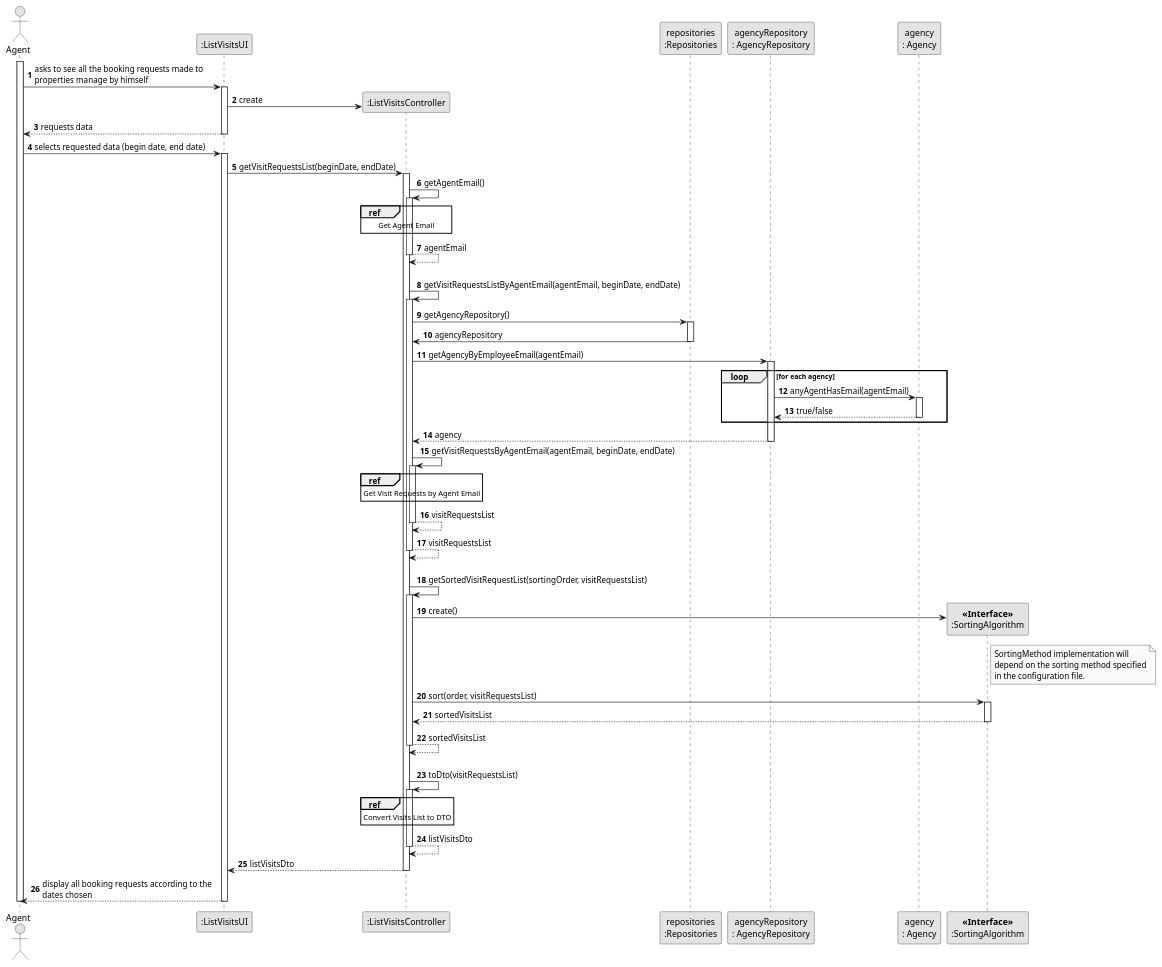
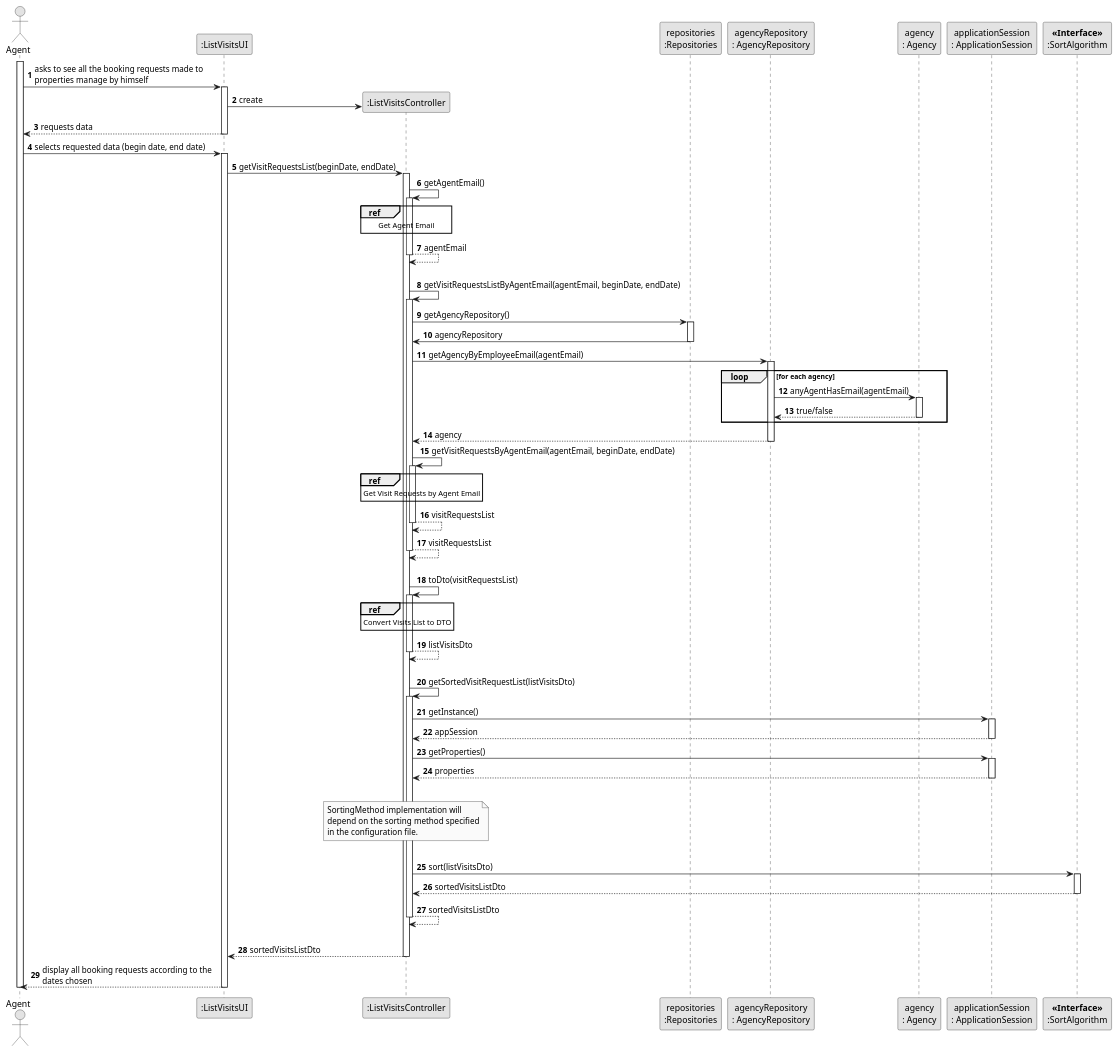
Before and after one commit to rita-barbosa/LAPR2-2223: the diagram in docs/sprintD/us015/03.design/puml/us015-sequence-diagram-split.puml, drawn with PlantUML. The commit also changed 9 other files, not shown here.

Commit message:
Update Sequence Diagram (all) & Class Diagram + SVG's [US015][Design]

```diff
--- a/docs/sprintD/us015/03.design/puml/us015-sequence-diagram-split.puml
+++ b/docs/sprintD/us015/03.design/puml/us015-sequence-diagram-split.puml
@@ -1,122 +1,137 @@
 @startuml
 skinparam monochrome true
 skinparam packageStyle rectangle
 skinparam shadowing false
 
 autonumber
 
 'hide footbox
 actor "Agent" as ADM
 participant ":ListVisitsUI" as UI
 participant ":ListVisitsController" as CTRL
 participant "repositories\n:Repositories" as PLAT
 participant "agencyRepository\n: AgencyRepository" as AgRep
 participant "agency\n: Agency" as AGENCY
-participant "<b><<Interface>></b>\n:SortingAlgorithm" as SORTALG
+participant "applicationSession\n: ApplicationSession" as AppSess
+participant "<b><<Interface>></b>\n:SortAlgorithm" as SORTALG
 
 activate ADM
 
         ADM -> UI : asks to see all the booking requests made to \nproperties manage by himself
         activate UI
 
             UI -> CTRL** : create
 
             UI --> ADM : requests data
         deactivate UI
 
     ADM -> UI : selects requested data (begin date, end date)
     activate UI
 
     UI -> CTRL : getVisitRequestsList(beginDate, endDate)
     activate CTRL
 
         CTRL -> CTRL : getAgentEmail()
         activate CTRL
 
            ref over CTRL
            Get Agent Email
            end ref
 
         CTRL --> CTRL : agentEmail
         deactivate CTRL
         |||
 
         CTRL -> CTRL: getVisitRequestsListByAgentEmail(agentEmail, beginDate, endDate)
         activate CTRL
 
         CTRL -> PLAT :  getAgencyRepository()
         activate PLAT
 
         PLAT -> CTRL : agencyRepository
         deactivate PLAT
         CTRL -> AgRep: getAgencyByEmployeeEmail(agentEmail)
         activate AgRep
 
          loop for each agency
              AgRep -> AGENCY : anyAgentHasEmail(agentEmail)
              activate AGENCY
 
                   AGENCY --> AgRep : true/false
              deactivate AGENCY
          end
          AgRep --> CTRL : agency
         deactivate AgRep
 
 
         CTRL -> CTRL : getVisitRequestsByAgentEmail(agentEmail, beginDate, endDate)
         activate CTRL
 
         ref over CTRL
         Get Visit Requests by Agent Email
         end ref
 
 
         CTRL --> CTRL : visitRequestsList
         deactivate CTRL
 
         CTRL --> CTRL: visitRequestsList
         deactivate CTRL
         |||
 
-        CTRL -> CTRL : getSortedVisitRequestList(sortingOrder, visitRequestsList)
-        activate CTRL
-
-        CTRL -> SORTALG** : create()
-
-        note right SORTALG
-        SortingMethod implementation will
-        depend on the sorting method specified
-        in the configuration file.
-        end note
-
-        CTRL -> SORTALG : sort(order, visitRequestsList)
-        activate SORTALG
-
-        SORTALG --> CTRL : sortedVisitsList
-        deactivate SORTALG
-
-        CTRL --> CTRL : sortedVisitsList
-        deactivate CTRL
-        |||
 
             CTRL -> CTRL : toDto(visitRequestsList)
             activate CTRL
 
             ref over CTRL
             Convert Visits List to DTO
             end ref
 
 
             CTRL --> CTRL : listVisitsDto
             deactivate CTRL
+            |||
 
-             CTRL --> UI: listVisitsDto
+             CTRL -> CTRL : getSortedVisitRequestList(listVisitsDto)
+             activate CTRL
+
+              CTRL -> AppSess : getInstance()
+              activate AppSess
+
+              AppSess --> CTRL : appSession
+              deactivate AppSess
+
+              CTRL -> AppSess : getProperties()
+               activate AppSess
+
+               AppSess --> CTRL : properties
+               deactivate AppSess
+               |||
+
+             note over CTRL
+             SortingMethod implementation will
+             depend on the sorting method specified
+             in the configuration file.
+             end note
+             |||
+
+             CTRL -> SORTALG : sort(listVisitsDto)
+             activate SORTALG
+
+             SORTALG --> CTRL : sortedVisitsListDto
+             deactivate SORTALG
+
+             CTRL --> CTRL : sortedVisitsListDto
              deactivate CTRL
+             |||
+
+        CTRL --> UI: sortedVisitsListDto
+          deactivate CTRL
 
 
         UI --> ADM : display all booking requests according to the \ndates chosen
     deactivate UI
 
 deactivate ADM
 
 @enduml
```
